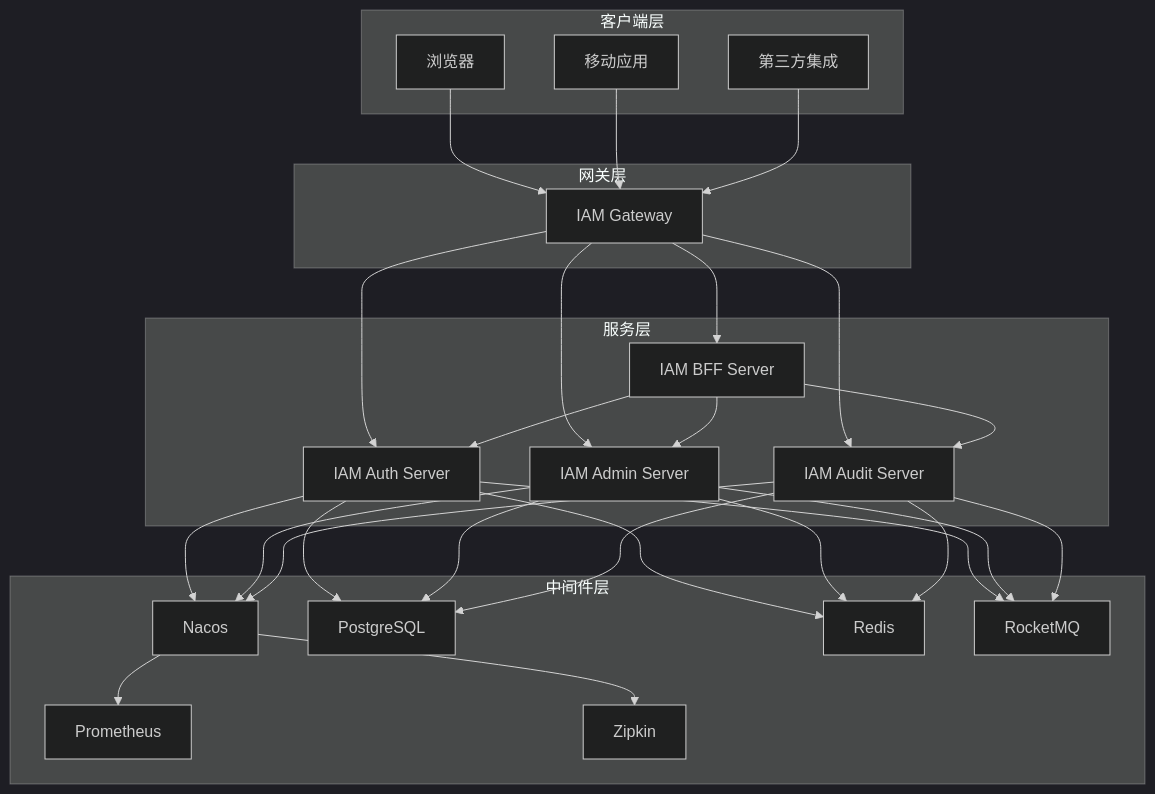
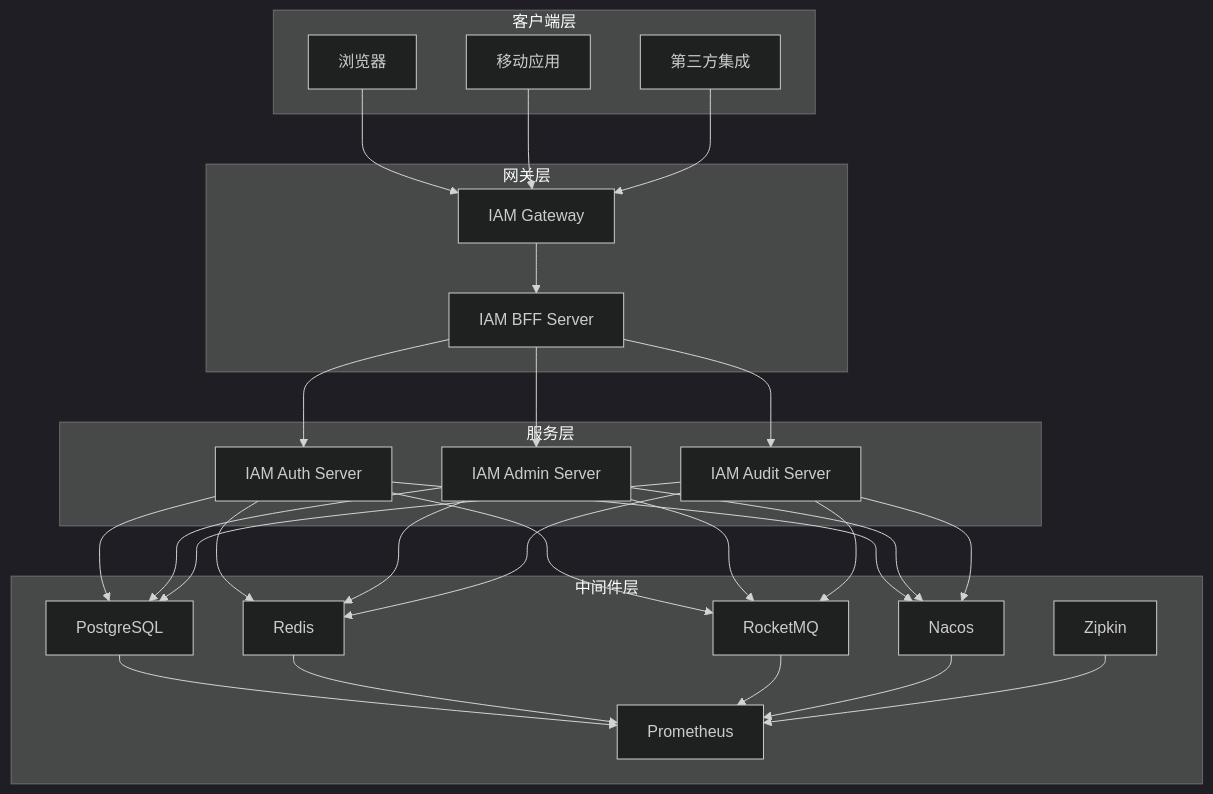
Before and after one commit to fq0121104930716/iam-platform: the second of 10 diagrams in .qoder/repowiki/zh/content/部署运维/Docker组合使用指南.md, drawn with Mermaid (dark theme). The commit also changed other lines of this file and 42 other files, not shown here.

````diff
--- a/.qoder/repowiki/zh/content/部署运维/Docker组合使用指南.md
+++ b/.qoder/repowiki/zh/content/部署运维/Docker组合使用指南.md
@@ -119,49 +131,49 @@
 ```mermaid
 graph TB
 subgraph "客户端层"
 A[浏览器]
 B[移动应用]
 C[第三方集成]
 end
 subgraph "网关层"
 D[IAM Gateway]
+E[IAM BFF Server]
 end
 subgraph "服务层"
-E[IAM BFF Server]
 F[IAM Auth Server]
 G[IAM Admin Server]
 H[IAM Audit Server]
 end
 subgraph "中间件层"
-I[Nacos]
-J[PostgreSQL]
-K[Redis]
-L[Prometheus]
-M[Zipkin]
-N[RocketMQ]
+I[PostgreSQL]
+J[Redis]
+K[RocketMQ]
+L[Nacos]
+M[Prometheus]
+N[Zipkin]
 end
 A --> D
 B --> D
 C --> D
 D --> E
-D --> F
-D --> G
-D --> H
 E --> F
 E --> G
 E --> H
 F --> I
 F --> J
 F --> K
-F --> N
+F --> L
 G --> I
 G --> J
 G --> K
-G --> N
+G --> L
 H --> I
 H --> J
 H --> K
-H --> N
-I --> L
+H --> L
 I --> M
+J --> M
+K --> M
+L --> M
+N --> M
 ```
````
